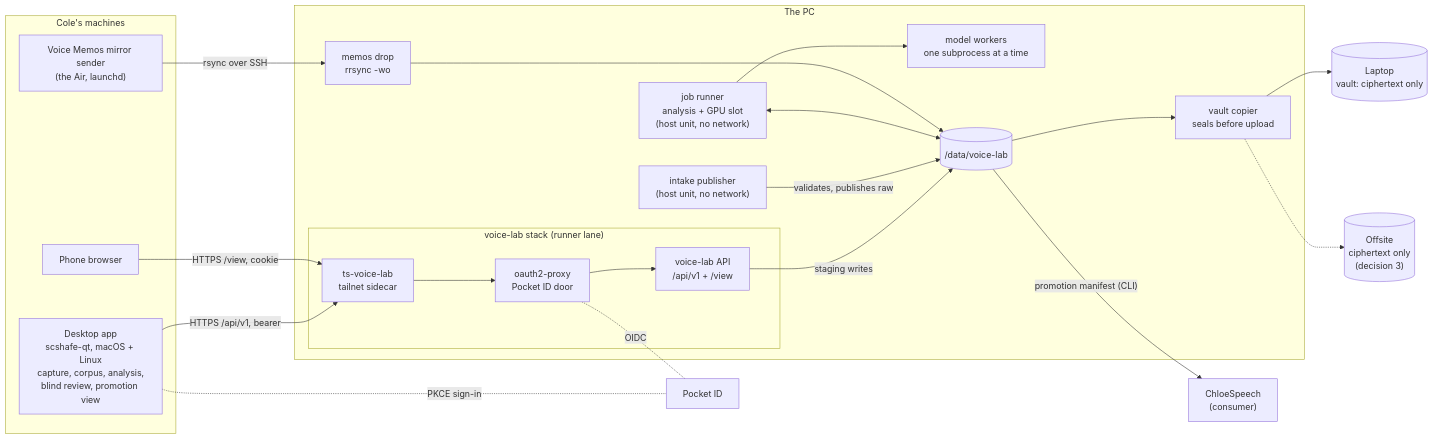
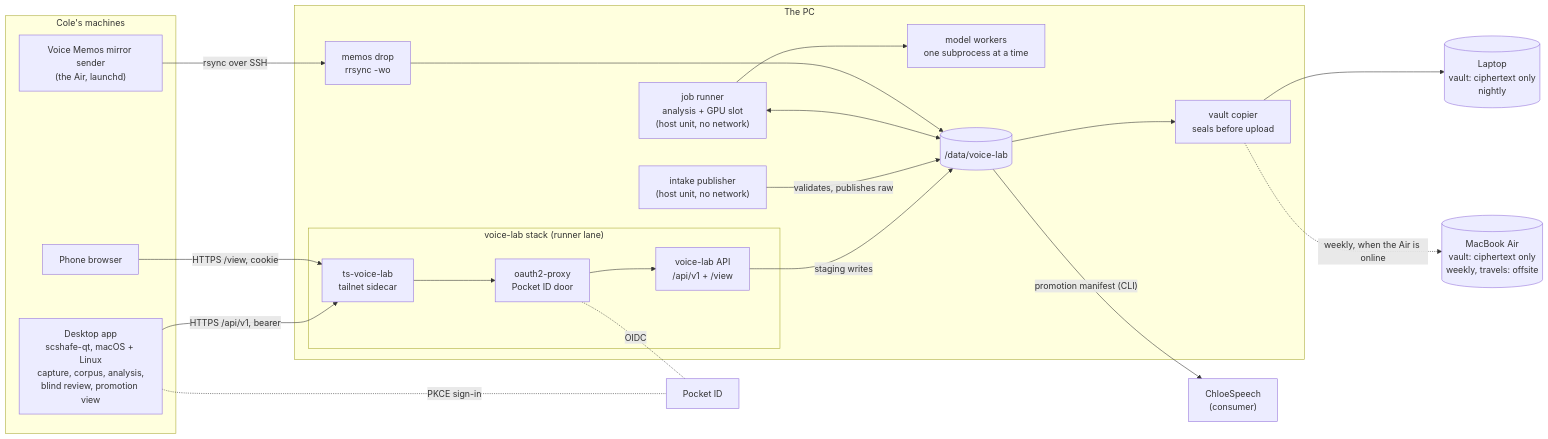
Before and after one commit to scshafe/voice-lab: the diagram in docs/design/VOICE-PLATFORM.md, drawn with Mermaid. The commit also changed other lines of this file and 8 other files, not shown here.

````diff
--- a/docs/design/VOICE-PLATFORM.md
+++ b/docs/design/VOICE-PLATFORM.md
@@ -118,42 +142,42 @@
 ```mermaid
 flowchart LR
     subgraph CLIENTS["Cole's machines"]
         APP["Desktop app<br/>scshafe-qt, macOS + Linux<br/>capture, corpus, analysis,<br/>blind review, promotion view"]
         MIRROR["Voice Memos mirror sender<br/>(the Air, launchd)"]
         PHONE["Phone browser"]
     end
 
     subgraph PC["The PC"]
         subgraph STACK["voice-lab stack (runner lane)"]
             TS["ts-voice-lab<br/>tailnet sidecar"]
             DOOR["oauth2-proxy<br/>Pocket ID door"]
             API["voice-lab API<br/>/api/v1 + /view"]
         end
         INTAKE["intake publisher<br/>(host unit, no network)"]
         JOBS["job runner<br/>analysis + GPU slot<br/>(host unit, no network)"]
         WORKERS["model workers<br/>one subprocess at a time"]
         DROP["memos drop<br/>rrsync -wo"]
         DATA[("/data/voice-lab")]
         SEAL["vault copier<br/>seals before upload"]
     end
 
-    LAPTOP[("Laptop<br/>vault: ciphertext only")]
-    OFF[("Offsite<br/>ciphertext only<br/>(decision 3)")]
+    LAPTOP[("Laptop<br/>vault: ciphertext only<br/>nightly")]
+    OFF[("MacBook Air<br/>vault: ciphertext only<br/>weekly, travels: offsite")]
     CHLOE["ChloeSpeech<br/>(consumer)"]
     ID["Pocket ID"]
 
     APP -- "HTTPS /api/v1, bearer" --> TS
     PHONE -- "HTTPS /view, cookie" --> TS
     TS --> DOOR --> API
     DOOR -. OIDC .- ID
     APP -. "PKCE sign-in" .- ID
     MIRROR -- "rsync over SSH" --> DROP
     API -- "staging writes" --> DATA
     INTAKE -- "validates, publishes raw" --> DATA
     JOBS --> WORKERS
     JOBS <--> DATA
     DROP --> DATA
     DATA --> SEAL --> LAPTOP
-    SEAL -.-> OFF
+    SEAL -. "weekly, when the Air is online" .-> OFF
     DATA -- "promotion manifest (CLI)" --> CHLOE
 ```
````
